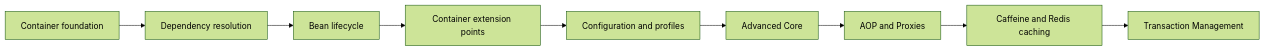
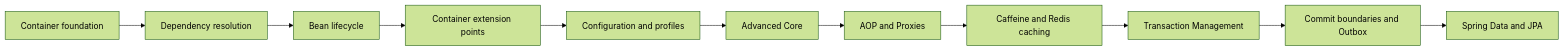
One commit to alimbetov/obsidian changed the second of 3 diagrams in 00_HOME/Java Backend Knowledge System.md. Above: the diagram before and after it, drawn with Mermaid (forest theme). The commit also changed other lines of this file, not shown here.

````diff
--- a/00_HOME/Java Backend Knowledge System.md
+++ b/00_HOME/Java Backend Knowledge System.md
@@ -145,11 +176,13 @@
 ```mermaid
 flowchart LR
     B1[Container foundation] --> B2[Dependency resolution]
     B2 --> B3[Bean lifecycle]
     B3 --> B4[Container extension points]
     B4 --> B5[Configuration and profiles]
     B5 --> B6[Advanced Core]
     B6 --> AOP[AOP and Proxies]
     AOP --> CACHE[Caffeine and Redis caching]
     CACHE --> TX[Transaction Management]
+    TX --> OUTBOX[Commit boundaries and Outbox]
+    OUTBOX --> JPA[Spring Data and JPA]
 ```
````
